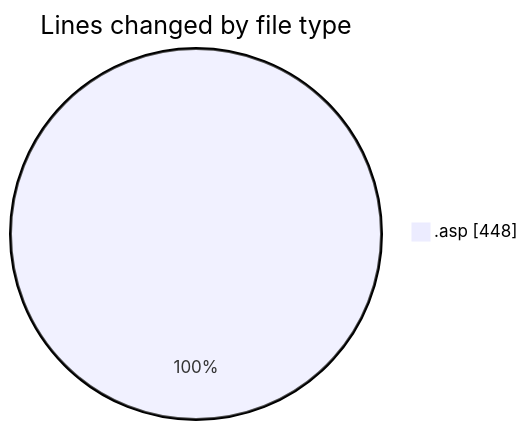
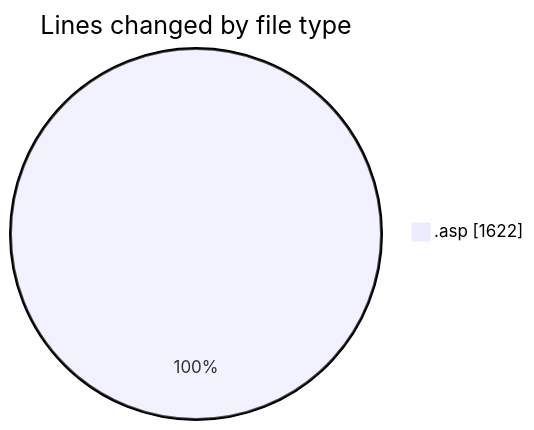
One commit to julien-gomy/code-tracking changed the first of 2 diagrams in 2025-11-05/cdp_aleoudev_fr__workspace_/README.md. Above: the diagram before and after it, drawn with Mermaid. The commit also changed other lines of this file and 1 other file, not shown here.

````diff
--- a/2025-11-05/cdp_aleoudev_fr__workspace_/README.md
+++ b/2025-11-05/cdp_aleoudev_fr__workspace_/README.md
@@ -20,5 +21,5 @@
 ```mermaid
 pie showData
 title Lines changed by file type
-".asp" : 448
+".asp" : 1622
 ```
````
